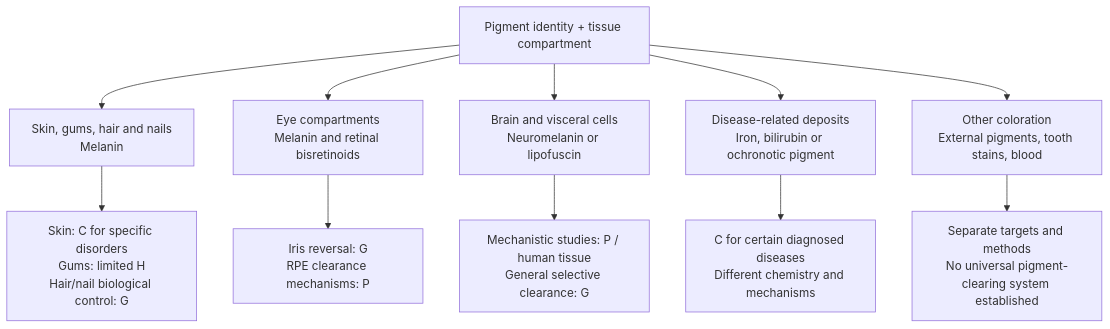
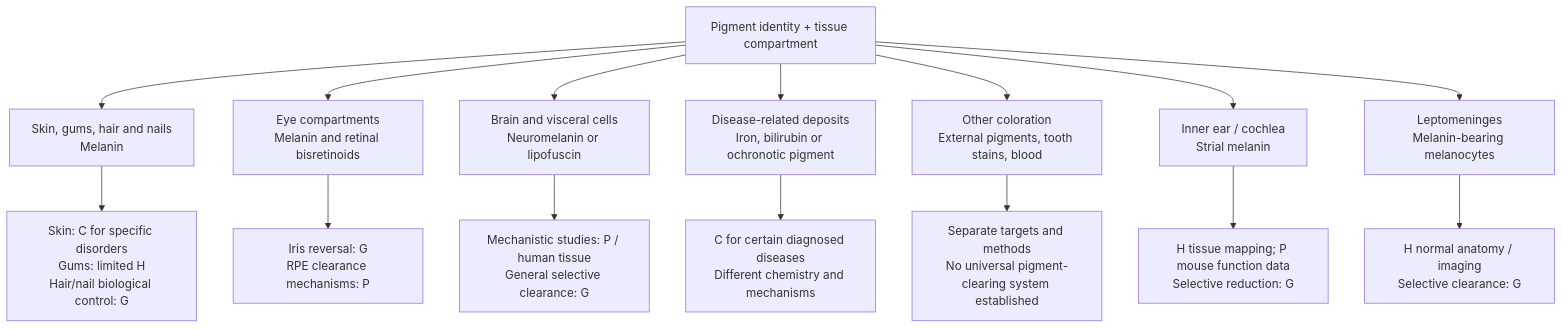
The first of 18 diagrams in research/tissue-pigment-atlas.md (dylanstechmann/iris-color-without-contacts), drawn with Mermaid before and after one commit.

Commit message:
Extend body-wide overview to cochlea and meninges

````diff
--- a/research/tissue-pigment-atlas.md
+++ b/research/tissue-pigment-atlas.md
@@ -23,14 +23,18 @@
 ```mermaid
 flowchart TD
     A["Pigment identity + tissue compartment"]
     A --> B["Skin, gums, hair and nails<br/>Melanin"]
     A --> C["Eye compartments<br/>Melanin and retinal bisretinoids"]
     A --> D["Brain and visceral cells<br/>Neuromelanin or lipofuscin"]
     A --> E["Disease-related deposits<br/>Iron, bilirubin or ochronotic pigment"]
     A --> F["Other coloration<br/>External pigments, tooth stains, blood"]
+    A --> G["Inner ear / cochlea<br/>Strial melanin"]
+    A --> H["Leptomeninges<br/>Melanin-bearing melanocytes"]
     B --> B1["Skin: C for specific disorders<br/>Gums: limited H<br/>Hair/nail biological control: G"]
     C --> C1["Iris reversal: G<br/>RPE clearance mechanisms: P"]
     D --> D1["Mechanistic studies: P / human tissue<br/>General selective clearance: G"]
+    G --> G1["H tissue mapping; P mouse function data<br/>Selective reduction: G"]
+    H --> H1["H normal anatomy / imaging<br/>Selective clearance: G"]
     E --> E1["C for certain diagnosed diseases<br/>Different chemistry and mechanisms"]
     F --> F1["Separate targets and methods<br/>No universal pigment-clearing system established"]
 ```
````
